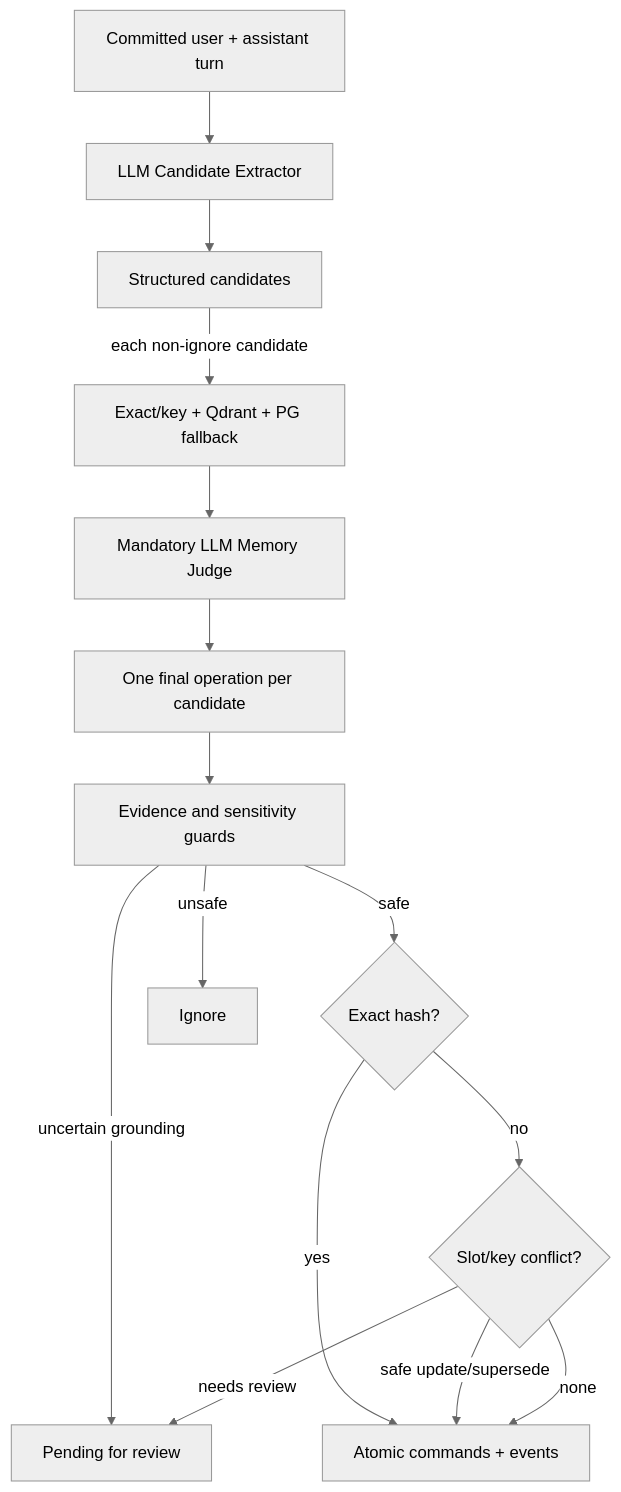
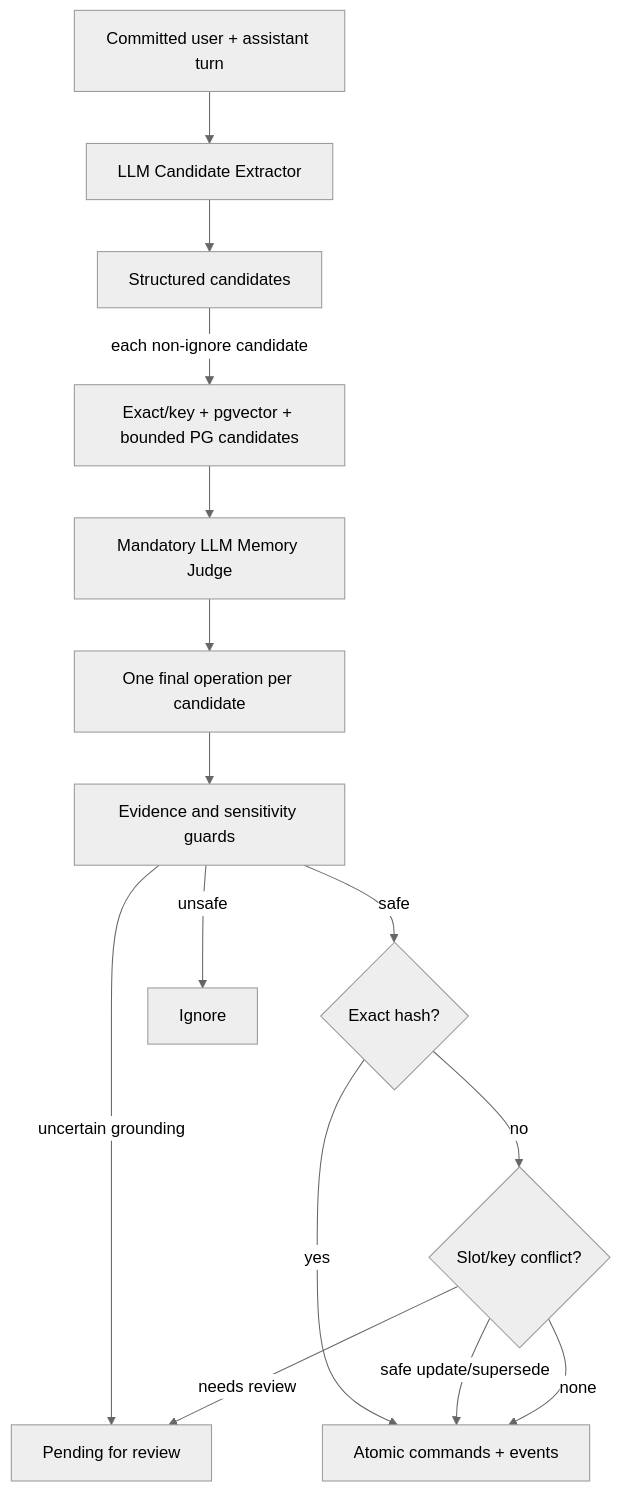
One commit to ShuoLiu0603/knowledge-work-assistant changed the fourth of 4 diagrams in docs/agent_memory_deep_dive.md. Above: the diagram before and after it, drawn with Mermaid (neutral theme). The commit also changed other lines of this file and 55 other files, not shown here.

````diff
--- a/docs/agent_memory_deep_dive.md
+++ b/docs/agent_memory_deep_dive.md
@@ -831,26 +825,26 @@
 ```mermaid
 flowchart TD
     TURN[Committed user + assistant turn]
     EXTRACT[LLM Candidate Extractor]
     CAND[Structured candidates]
-    RELATED[Exact/key + Qdrant + PG fallback]
+    RELATED[Exact/key + pgvector + bounded PG candidates]
     JUDGE[Mandatory LLM Memory Judge]
     OPS[One final operation per candidate]
     EVID[Evidence and sensitivity guards]
     EXACT{Exact hash?}
     CONFLICT{Slot/key conflict?}
     WRITE[Atomic commands + events]
     PENDING[Pending for review]
     IGNORE[Ignore]
 
     TURN --> EXTRACT --> CAND
     CAND -->|each non-ignore candidate| RELATED --> JUDGE --> OPS --> EVID
     EVID -->|unsafe| IGNORE
     EVID -->|uncertain grounding| PENDING
     EVID -->|safe| EXACT
     EXACT -->|yes| WRITE
     EXACT -->|no| CONFLICT
     CONFLICT -->|needs review| PENDING
     CONFLICT -->|safe update/supersede| WRITE
     CONFLICT -->|none| WRITE
 ```
````
